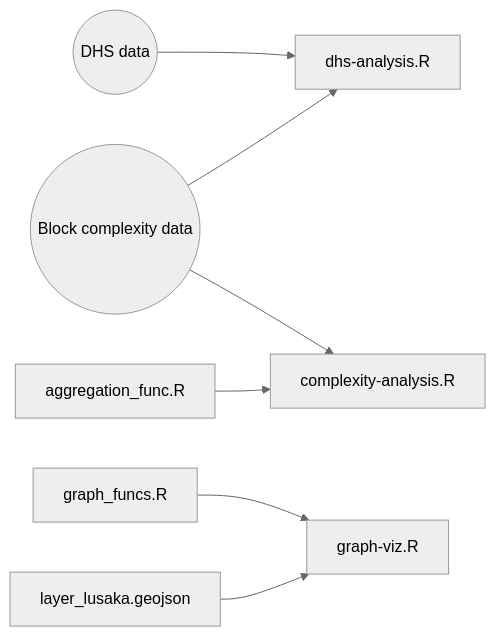
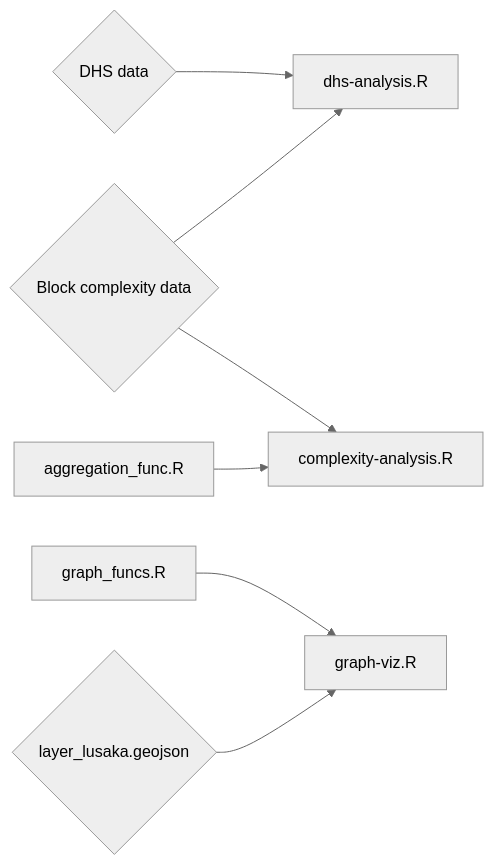
Before and after one commit to mansueto-institute/kblock-analysis: the diagram in ReadMe.md, drawn with Mermaid (neutral theme).

````diff
--- a/ReadMe.md
+++ b/ReadMe.md
@@ -22,10 +22,10 @@
 ```mermaid
 graph LR
-G((DHS data)) --> C
-A((Block complexity data)) --> B[complexity-analysis.R]
+G{DHS data} --> C
+A{Block complexity data} --> B[complexity-analysis.R]
 E[aggregation_func.R] --> B
 A --> C[dhs-analysis.R]
 
 F[graph_funcs.R] --> D[graph-viz.R]
-J[layer_lusaka.geojson] --> D
+J{layer_lusaka.geojson} --> D
 ```
````
